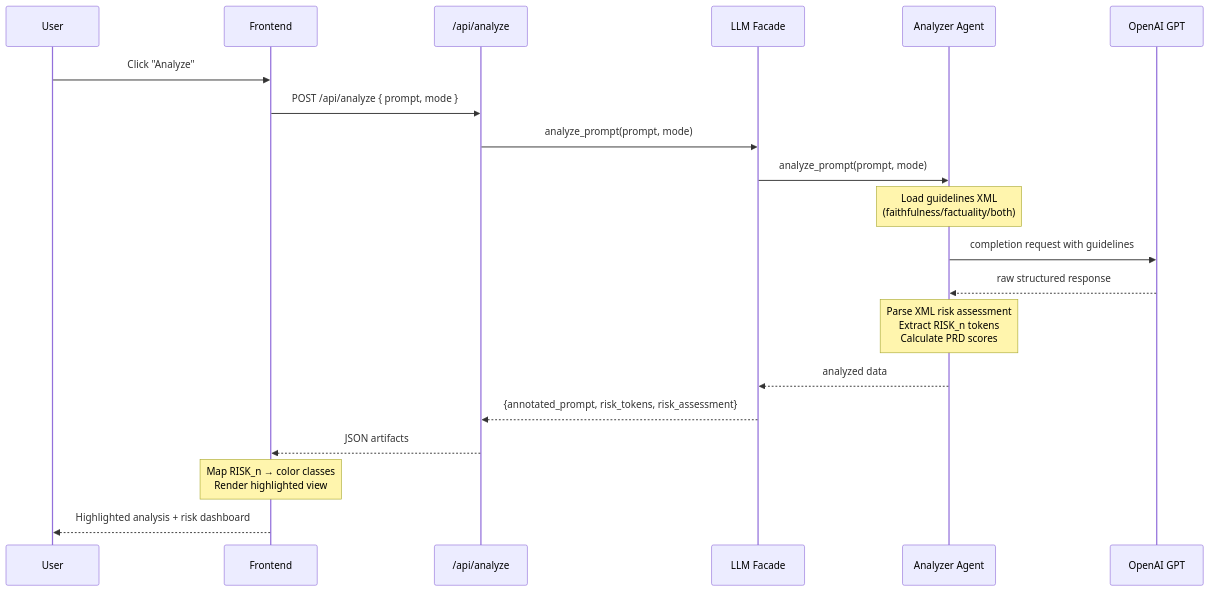
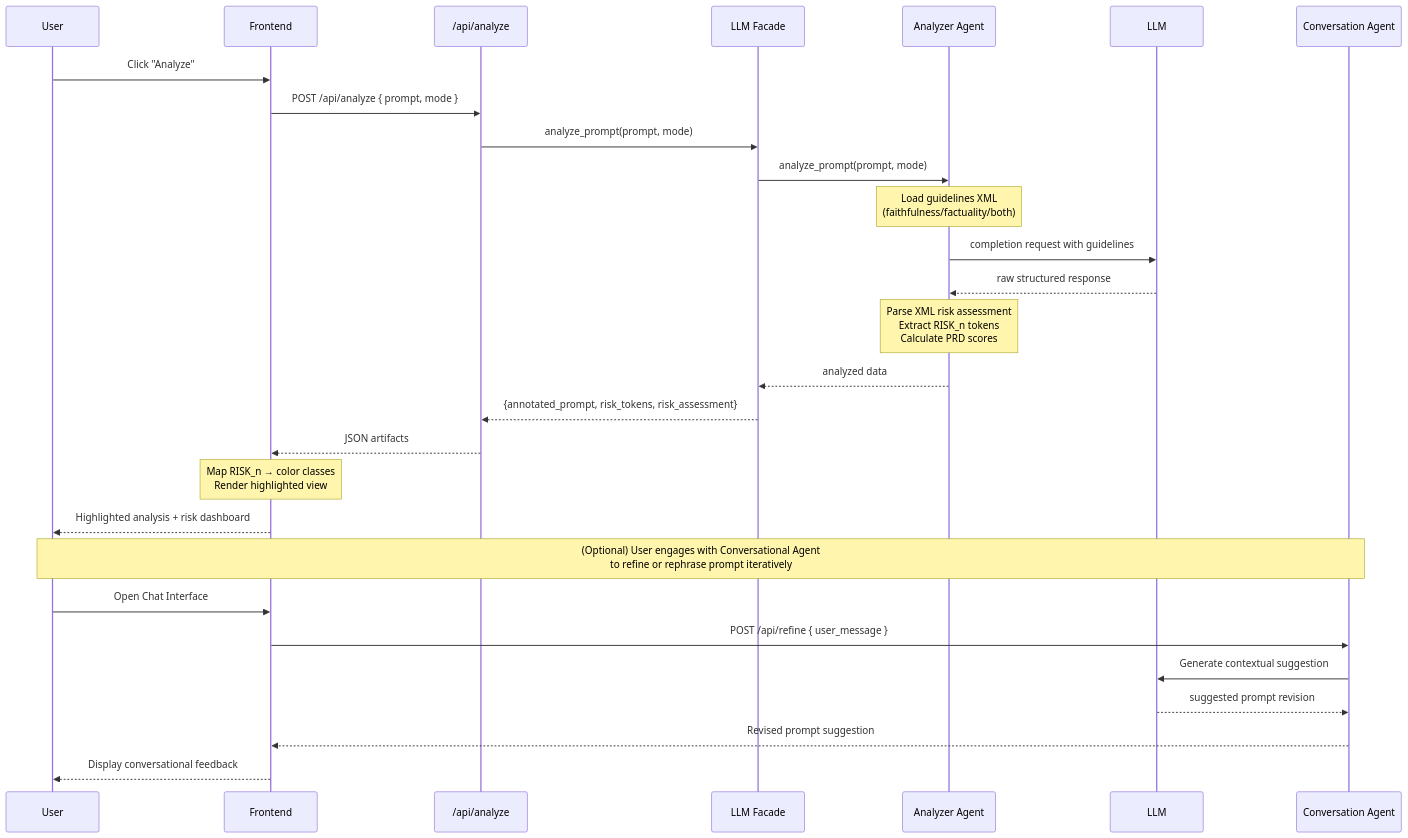
Before and after one commit to MoNejjar/echo-hallucination-detect: the diagram in docs/diagrams/pipeline-sequence.mmd, drawn with Mermaid. The commit also changed 7 other files, not shown here.

Commit message:
various diagrams added

```diff
--- a/docs/diagrams/pipeline-sequence.mmd
+++ b/docs/diagrams/pipeline-sequence.mmd
@@ -1,30 +1,59 @@
-%% Processing Pipeline Sequence (Authoritative Source) - Updated for Agent Architecture
-%% Render with: mmdc -i pipeline-sequence.mmd -o pipeline-sequence.svg
+%% Processing Pipeline Sequence (Thesis Version - Uniform Colors)
+%% Render with: 
+%% mmdc -i pipeline-sequence.mmd -o pipeline-sequence.svg --configFile mermaid-thesis.json
+
+%%{init: {
+  "themeVariables": {
+    "primaryColor": "#5B7C99",
+    "primaryTextColor": "#ffffff",
+    "primaryBorderColor": "#36454F",
+    "actorBkg": "#5B7C99",
+    "actorTextColor": "#ffffff",
+    "actorBorder": "#36454F",
+    "signalColor": "#3B4C5E",
+    "lineColor": "#3B4C5E",
+    "textColor": "#1E1E1E",
+    "noteBkgColor": "#E0E6ED",
+    "noteTextColor": "#1E1E1E",
+    "noteBorderColor": "#B8C2CC"
+  }
+}%%
 
 sequenceDiagram
   participant U as User
   participant FE as Frontend
   participant Route as /api/analyze
   participant Facade as LLM Facade
   participant Analyzer as Analyzer Agent
-  participant MODEL as OpenAI GPT
+  participant MODEL as LLM
+  participant Conv as Conversation Agent
 
+  %% --- Analysis Flow ---
   U->>FE: Click "Analyze"
   FE->>Route: POST /api/analyze { prompt, mode }
   Route->>Facade: analyze_prompt(prompt, mode)
   Facade->>Analyzer: analyze_prompt(prompt, mode)
   
   Note over Analyzer: Load guidelines XML<br/>(faithfulness/factuality/both)
   
   Analyzer->>MODEL: completion request with guidelines
   MODEL-->>Analyzer: raw structured response
   
   Note over Analyzer: Parse XML risk assessment<br/>Extract RISK_n tokens<br/>Calculate PRD scores
   
   Analyzer-->>Facade: analyzed data
   Facade-->>Route: {annotated_prompt, risk_tokens, risk_assessment}
   Route-->>FE: JSON artifacts
   
   Note over FE: Map RISK_n → color classes<br/>Render highlighted view
   
   FE-->>U: Highlighted analysis + risk dashboard
+
+  %% --- Optional Conversational Refinement ---
+  Note over U,Conv: (Optional) User engages with Conversational Agent<br/>to refine or rephrase prompt iteratively
+  U->>FE: Open Chat Interface
+  FE->>Conv: POST /api/refine { user_message }
+  Conv->>MODEL: Generate contextual suggestion
+  MODEL-->>Conv: suggested prompt revision
+  Conv-->>FE: Revised prompt suggestion
+  FE-->>U: Display conversational feedback
```
